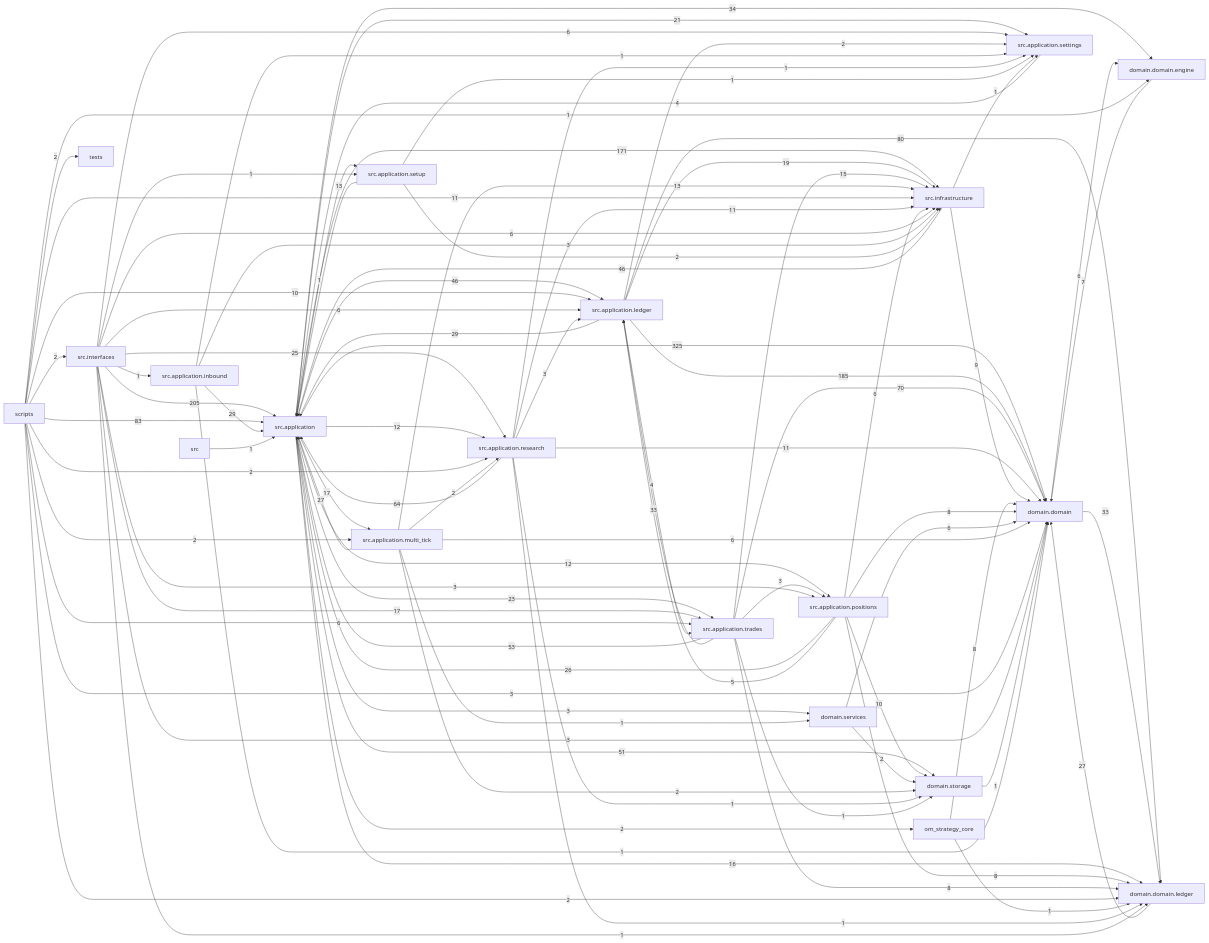
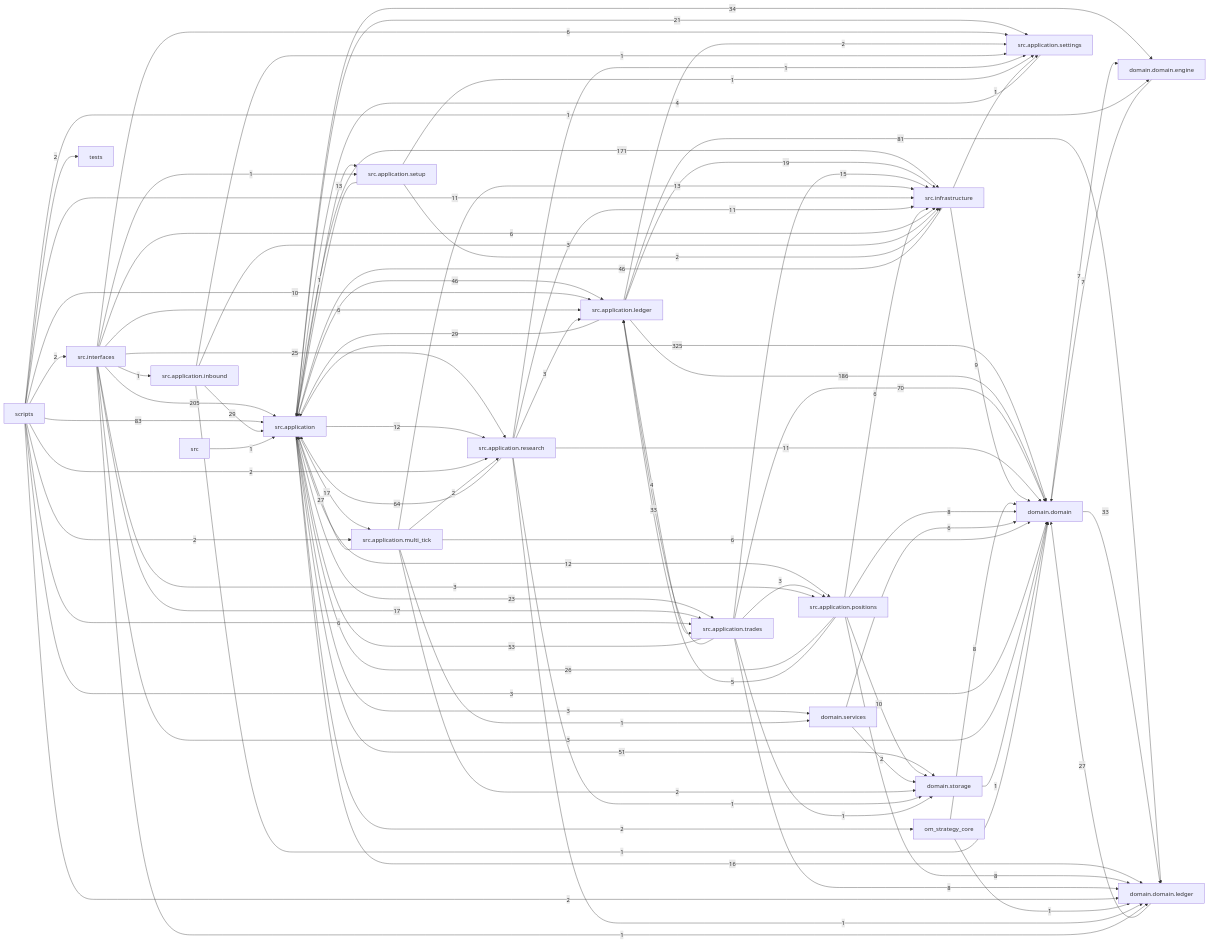
The diagram in docs/dependency_graph.mmd (liuxie066/options-monitor), drawn with Mermaid before and after one commit. The commit also changed 39 other files, not shown here.

```diff
--- a/docs/dependency_graph.mmd
+++ b/docs/dependency_graph.mmd
@@ -1,90 +1,90 @@
 flowchart LR
   src_application["src.application"] -->|325| domain_domain["domain.domain"]
   src_interfaces["src.interfaces"] -->|205| src_application["src.application"]
-  src_application_ledger["src.application.ledger"] -->|185| domain_domain["domain.domain"]
+  src_application_ledger["src.application.ledger"] -->|186| domain_domain["domain.domain"]
   src_application["src.application"] -->|171| src_infrastructure["src.infrastructure"]
   scripts["scripts"] -->|83| src_application["src.application"]
-  src_application_ledger["src.application.ledger"] -->|80| domain_domain_ledger["domain.domain.ledger"]
+  src_application_ledger["src.application.ledger"] -->|81| domain_domain_ledger["domain.domain.ledger"]
   src_application_trades["src.application.trades"] -->|70| domain_domain["domain.domain"]
   src_application_research["src.application.research"] -->|64| src_application["src.application"]
   src_application_trades["src.application.trades"] -->|53| src_application["src.application"]
   src_application["src.application"] -->|51| domain_storage["domain.storage"]
   src_application["src.application"] -->|46| src_application_ledger["src.application.ledger"]
   src_infrastructure["src.infrastructure"] -->|46| src_application["src.application"]
   src_application["src.application"] -->|34| domain_domain_engine["domain.domain.engine"]
   domain_domain["domain.domain"] -->|33| domain_domain_ledger["domain.domain.ledger"]
   src_application_trades["src.application.trades"] -->|33| src_application_ledger["src.application.ledger"]
   src_application_inbound["src.application.inbound"] -->|29| src_application["src.application"]
   src_application_ledger["src.application.ledger"] -->|29| src_application["src.application"]
   domain_domain_ledger["domain.domain.ledger"] -->|27| domain_domain["domain.domain"]
   src_application_multi_tick["src.application.multi_tick"] -->|27| src_application["src.application"]
   src_application_positions["src.application.positions"] -->|26| src_application["src.application"]
   src_interfaces["src.interfaces"] -->|25| src_application_research["src.application.research"]
   src_application["src.application"] -->|23| src_application_trades["src.application.trades"]
   src_application["src.application"] -->|21| src_application_settings["src.application.settings"]
   src_application_ledger["src.application.ledger"] -->|19| src_infrastructure["src.infrastructure"]
   src_application["src.application"] -->|17| src_application_multi_tick["src.application.multi_tick"]
   src_interfaces["src.interfaces"] -->|17| src_application_trades["src.application.trades"]
   src_application["src.application"] -->|16| domain_domain_ledger["domain.domain.ledger"]
   src_application_trades["src.application.trades"] -->|15| src_infrastructure["src.infrastructure"]
   src_application_multi_tick["src.application.multi_tick"] -->|13| src_infrastructure["src.infrastructure"]
   src_application_setup["src.application.setup"] -->|13| src_application["src.application"]
   src_application["src.application"] -->|12| src_application_positions["src.application.positions"]
   src_application["src.application"] -->|12| src_application_research["src.application.research"]
   scripts["scripts"] -->|11| src_infrastructure["src.infrastructure"]
   src_application_research["src.application.research"] -->|11| domain_domain["domain.domain"]
   src_application_research["src.application.research"] -->|11| src_infrastructure["src.infrastructure"]
   scripts["scripts"] -->|10| src_application_ledger["src.application.ledger"]
   src_application_positions["src.application.positions"] -->|10| domain_storage["domain.storage"]
   src_infrastructure["src.infrastructure"] -->|9| domain_domain["domain.domain"]
   om_strategy_core["om_strategy_core"] -->|8| domain_domain["domain.domain"]
   src_application_positions["src.application.positions"] -->|8| domain_domain["domain.domain"]
   src_application_positions["src.application.positions"] -->|8| domain_domain_ledger["domain.domain.ledger"]
   src_application_trades["src.application.trades"] -->|8| domain_domain_ledger["domain.domain.ledger"]
+  domain_domain["domain.domain"] -->|7| domain_domain_engine["domain.domain.engine"]
   domain_domain_engine["domain.domain.engine"] -->|7| domain_domain["domain.domain"]
-  domain_domain["domain.domain"] -->|6| domain_domain_engine["domain.domain.engine"]
   domain_services["domain.services"] -->|6| domain_domain["domain.domain"]
   scripts["scripts"] -->|6| src_application_trades["src.application.trades"]
   src_application_multi_tick["src.application.multi_tick"] -->|6| domain_domain["domain.domain"]
   src_application_positions["src.application.positions"] -->|6| src_infrastructure["src.infrastructure"]
   src_interfaces["src.interfaces"] -->|6| src_application_ledger["src.application.ledger"]
   src_interfaces["src.interfaces"] -->|6| src_application_settings["src.application.settings"]
   src_interfaces["src.interfaces"] -->|6| src_infrastructure["src.infrastructure"]
   src_application_positions["src.application.positions"] -->|5| src_application_ledger["src.application.ledger"]
   src_application_ledger["src.application.ledger"] -->|4| src_application_trades["src.application.trades"]
   src_application_settings["src.application.settings"] -->|4| src_application["src.application"]
   scripts["scripts"] -->|3| domain_domain["domain.domain"]
   src_application["src.application"] -->|3| domain_services["domain.services"]
   src_application_inbound["src.application.inbound"] -->|3| src_infrastructure["src.infrastructure"]
   src_application_research["src.application.research"] -->|3| src_application_ledger["src.application.ledger"]
   src_application_trades["src.application.trades"] -->|3| src_application_positions["src.application.positions"]
   src_interfaces["src.interfaces"] -->|3| domain_domain["domain.domain"]
   src_interfaces["src.interfaces"] -->|3| src_application_positions["src.application.positions"]
   domain_services["domain.services"] -->|2| domain_storage["domain.storage"]
   scripts["scripts"] -->|2| domain_domain_ledger["domain.domain.ledger"]
   scripts["scripts"] -->|2| src_application_multi_tick["src.application.multi_tick"]
   scripts["scripts"] -->|2| src_application_research["src.application.research"]
   scripts["scripts"] -->|2| src_interfaces["src.interfaces"]
   scripts["scripts"] -->|2| tests["tests"]
   src_application["src.application"] -->|2| om_strategy_core["om_strategy_core"]
   src_application_ledger["src.application.ledger"] -->|2| src_application_settings["src.application.settings"]
   src_application_multi_tick["src.application.multi_tick"] -->|2| domain_storage["domain.storage"]
   src_application_multi_tick["src.application.multi_tick"] -->|2| src_application_research["src.application.research"]
   src_application_setup["src.application.setup"] -->|2| src_infrastructure["src.infrastructure"]
   domain_storage["domain.storage"] -->|1| domain_domain["domain.domain"]
   om_strategy_core["om_strategy_core"] -->|1| domain_domain_ledger["domain.domain.ledger"]
   scripts["scripts"] -->|1| domain_domain_engine["domain.domain.engine"]
   src["src"] -->|1| src_application["src.application"]
   src_application["src.application"] -->|1| src_application_setup["src.application.setup"]
   src_application_inbound["src.application.inbound"] -->|1| domain_domain["domain.domain"]
   src_application_inbound["src.application.inbound"] -->|1| src_application_settings["src.application.settings"]
   src_application_multi_tick["src.application.multi_tick"] -->|1| domain_services["domain.services"]
   src_application_research["src.application.research"] -->|1| domain_domain_ledger["domain.domain.ledger"]
   src_application_research["src.application.research"] -->|1| domain_storage["domain.storage"]
   src_application_research["src.application.research"] -->|1| src_application_settings["src.application.settings"]
   src_application_setup["src.application.setup"] -->|1| src_application_settings["src.application.settings"]
   src_application_trades["src.application.trades"] -->|1| domain_storage["domain.storage"]
   src_infrastructure["src.infrastructure"] -->|1| src_application_settings["src.application.settings"]
   src_interfaces["src.interfaces"] -->|1| domain_domain_ledger["domain.domain.ledger"]
   src_interfaces["src.interfaces"] -->|1| src_application_inbound["src.application.inbound"]
   src_interfaces["src.interfaces"] -->|1| src_application_setup["src.application.setup"]
```
